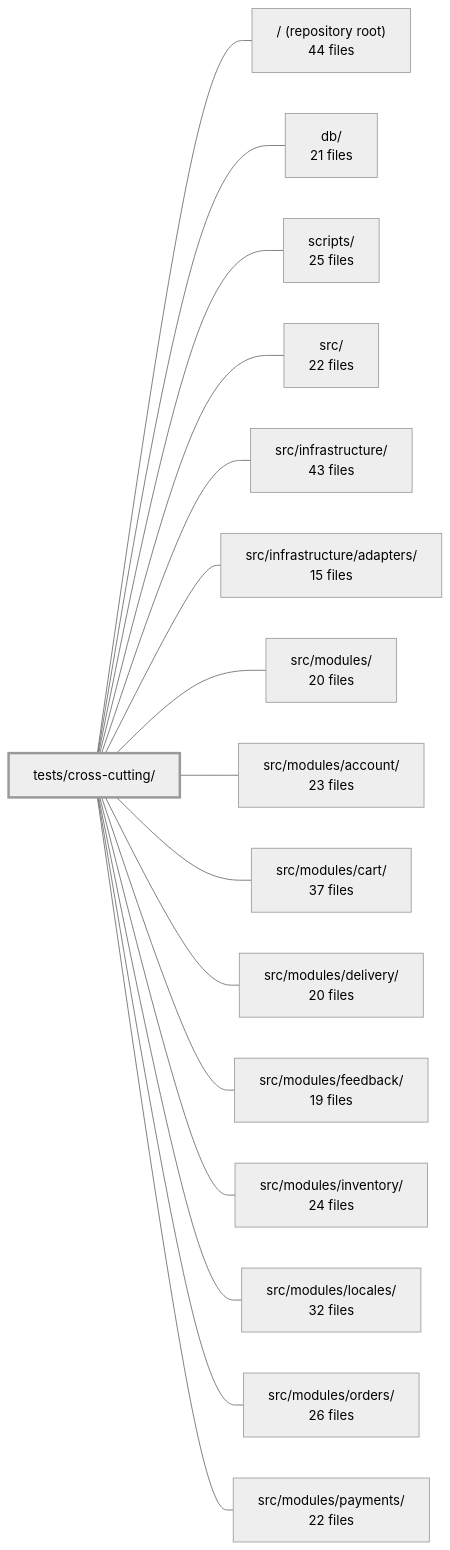
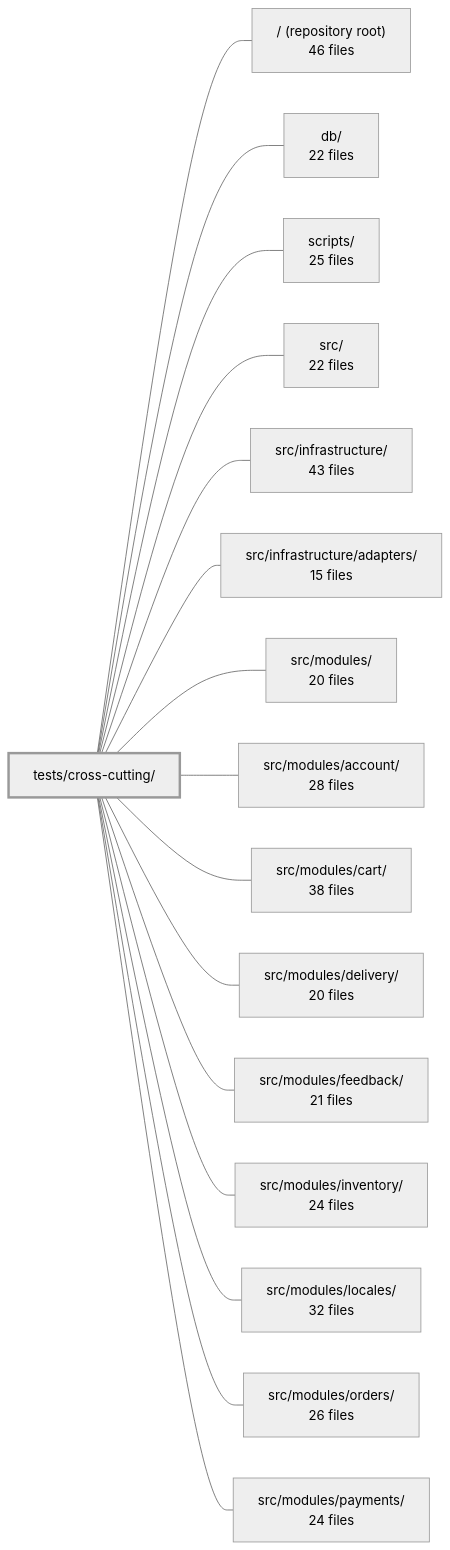
Before and after one commit to Guebbit/boilerplate-node-backend: the diagram in .2repo/modules/boilerplate-node-backend_tests_cross-cutting.md, drawn with Mermaid (neutral theme). The commit also changed other lines of this file and 302 other files, not shown here.

First line of the commit message:
chore(2repo): refresh repo context, wiki, and architecture snapshots

````diff
--- a/.2repo/modules/boilerplate-node-backend_tests_cross-cutting.md
+++ b/.2repo/modules/boilerplate-node-backend_tests_cross-cutting.md
@@ -44,35 +44,35 @@
 ```mermaid
 flowchart LR
     m_tests_cross_cutting["tests/cross-cutting/"]
-    m_root["/ (repository root)<br/>44 files"]
-    m_db["db/<br/>21 files"]
+    m_root["/ (repository root)<br/>46 files"]
+    m_db["db/<br/>22 files"]
     m_scripts["scripts/<br/>25 files"]
     m_src["src/<br/>22 files"]
     m_src_infrastructure["src/infrastructure/<br/>43 files"]
     m_src_infrastructure_adapters["src/infrastructure/adapters/<br/>15 files"]
     m_src_modules["src/modules/<br/>20 files"]
-    m_src_modules_account["src/modules/account/<br/>23 files"]
-    m_src_modules_cart["src/modules/cart/<br/>37 files"]
+    m_src_modules_account["src/modules/account/<br/>28 files"]
+    m_src_modules_cart["src/modules/cart/<br/>38 files"]
     m_src_modules_delivery["src/modules/delivery/<br/>20 files"]
-    m_src_modules_feedback["src/modules/feedback/<br/>19 files"]
+    m_src_modules_feedback["src/modules/feedback/<br/>21 files"]
     m_src_modules_inventory["src/modules/inventory/<br/>24 files"]
     m_src_modules_locales["src/modules/locales/<br/>32 files"]
     m_src_modules_orders["src/modules/orders/<br/>26 files"]
-    m_src_modules_payments["src/modules/payments/<br/>22 files"]
+    m_src_modules_payments["src/modules/payments/<br/>24 files"]
     m_tests_cross_cutting --- m_root
     m_tests_cross_cutting --- m_db
     m_tests_cross_cutting --- m_scripts
     m_tests_cross_cutting --- m_src
     m_tests_cross_cutting --- m_src_infrastructure
     m_tests_cross_cutting --- m_src_infrastructure_adapters
     m_tests_cross_cutting --- m_src_modules
     m_tests_cross_cutting --- m_src_modules_account
     m_tests_cross_cutting --- m_src_modules_cart
     m_tests_cross_cutting --- m_src_modules_delivery
     m_tests_cross_cutting --- m_src_modules_feedback
     m_tests_cross_cutting --- m_src_modules_inventory
     m_tests_cross_cutting --- m_src_modules_locales
     m_tests_cross_cutting --- m_src_modules_orders
     m_tests_cross_cutting --- m_src_modules_payments
     style m_tests_cross_cutting stroke-width:3px
 ```
````
